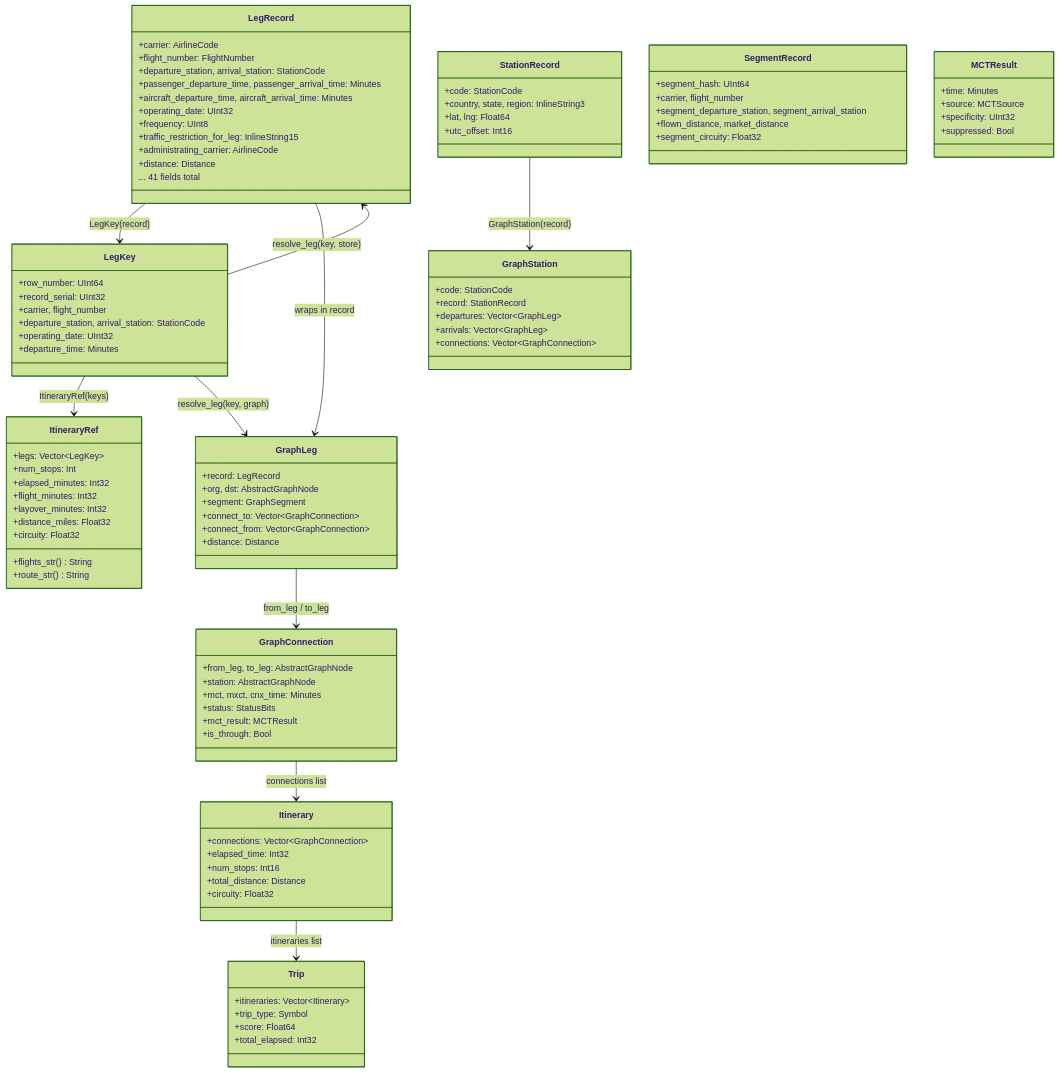
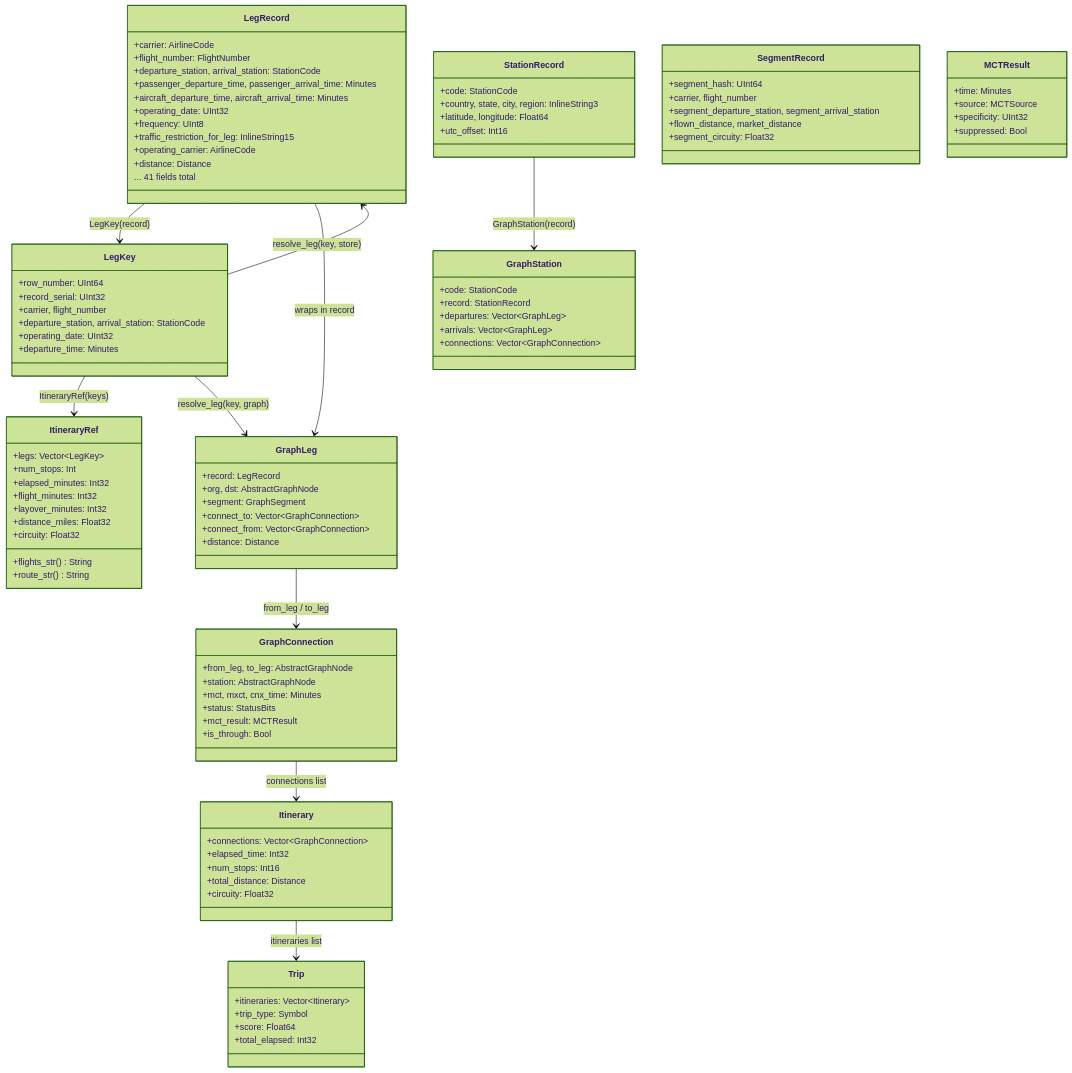
The second of 2 diagrams in docs/src/architecture.md (cell-scape/ItinerarySearch.jl), drawn with Mermaid (forest theme) before and after one commit. The commit also changed other lines of this file and 8 other files, not shown here.

```diff
--- a/docs/src/architecture.md
+++ b/docs/src/architecture.md
@@ -139,14 +141,14 @@
         +operating_date: UInt32
         +frequency: UInt8
         +traffic_restriction_for_leg: InlineString15
-        +administrating_carrier: AirlineCode
+        +operating_carrier: AirlineCode
         +distance: Distance
         ... 41 fields total
     }
     class StationRecord {
         +code: StationCode
-        +country, state, region: InlineString3
-        +lat, lng: Float64
+        +country, state, city, region: InlineString3
+        +latitude, longitude: Float64
         +utc_offset: Int16
     }
     class SegmentRecord {
```
